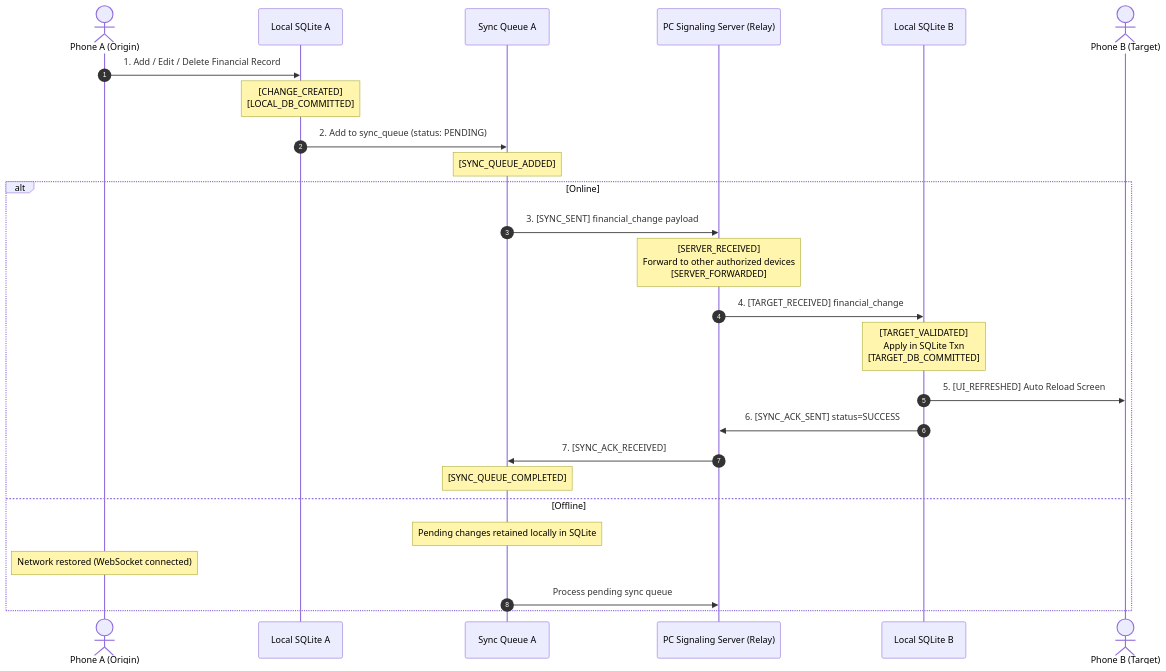
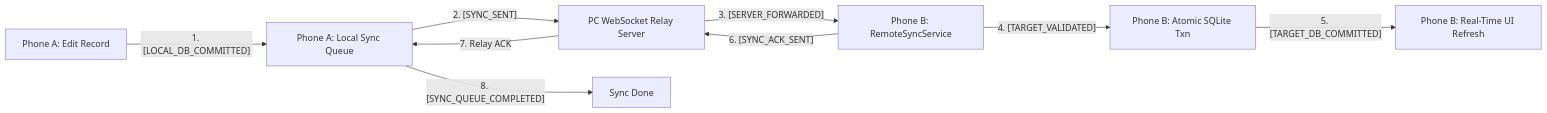
Before and after one commit to Sp-4030/Mandal-Management-App: the third of 3 diagrams in README.md, drawn with Mermaid. The commit also changed other lines of this file and 137 other files, not shown here.

Commit message:
feat(security): enforce mandatory internet access, server authorization, instant revocation, and dual-app architecture

````diff
--- a/README.md
+++ b/README.md
@@ -127,30 +149,11 @@
 ```mermaid
-sequenceDiagram
-    autonumber
-    actor UserA as Phone A (Origin)
-    participant DbA as Local SQLite A
-    participant QueueA as Sync Queue A
-    participant Relay as PC Signaling Server (Relay)
-    participant DbB as Local SQLite B
-    actor UserB as Phone B (Target)
-
-    UserA->>DbA: 1. Add / Edit / Delete Financial Record
-    Note over DbA: [CHANGE_CREATED]<br/>[LOCAL_DB_COMMITTED]
-    DbA->>QueueA: 2. Add to sync_queue (status: PENDING)
-    Note over QueueA: [SYNC_QUEUE_ADDED]
-
-    alt Online
-        QueueA->>Relay: 3. [SYNC_SENT] financial_change payload
-        Note over Relay: [SERVER_RECEIVED]<br/>Forward to other authorized devices<br/>[SERVER_FORWARDED]
-        Relay->>DbB: 4. [TARGET_RECEIVED] financial_change
-        Note over DbB: [TARGET_VALIDATED]<br/>Apply in SQLite Txn<br/>[TARGET_DB_COMMITTED]
-        DbB->>UserB: 5. [UI_REFRESHED] Auto Reload Screen
-        DbB->>Relay: 6. [SYNC_ACK_SENT] status=SUCCESS
-        Relay->>QueueA: 7. [SYNC_ACK_RECEIVED]
-        Note over QueueA: [SYNC_QUEUE_COMPLETED]
-    else Offline
-        Note over QueueA: Pending changes retained locally in SQLite
-        Note over UserA: Network restored (WebSocket connected)
-        QueueA->>Relay: Process pending sync queue
-    end
+flowchart LR
+    A["Phone A: Edit Record"] -->|"1. [LOCAL_DB_COMMITTED]"| B["Phone A: Local Sync Queue"]
+    B -->|"2. [SYNC_SENT]"| C["PC WebSocket Relay Server"]
+    C -->|"3. [SERVER_FORWARDED]"| D["Phone B: RemoteSyncService"]
+    D -->|"4. [TARGET_VALIDATED]"| E["Phone B: Atomic SQLite Txn"]
+    E -->|"5. [TARGET_DB_COMMITTED]"| F["Phone B: Real-Time UI Refresh"]
+    D -->|"6. [SYNC_ACK_SENT]"| C
+    C -->|"7. Relay ACK"| B
+    B -->|"8. [SYNC_QUEUE_COMPLETED]"| G["Sync Done"]
 ```
````
